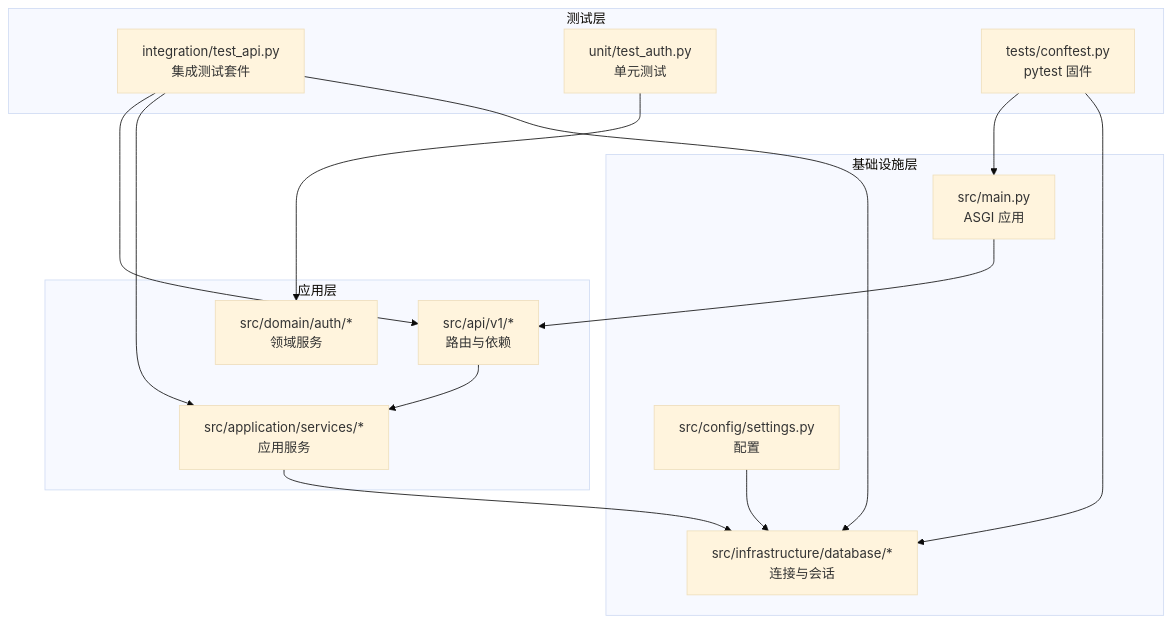
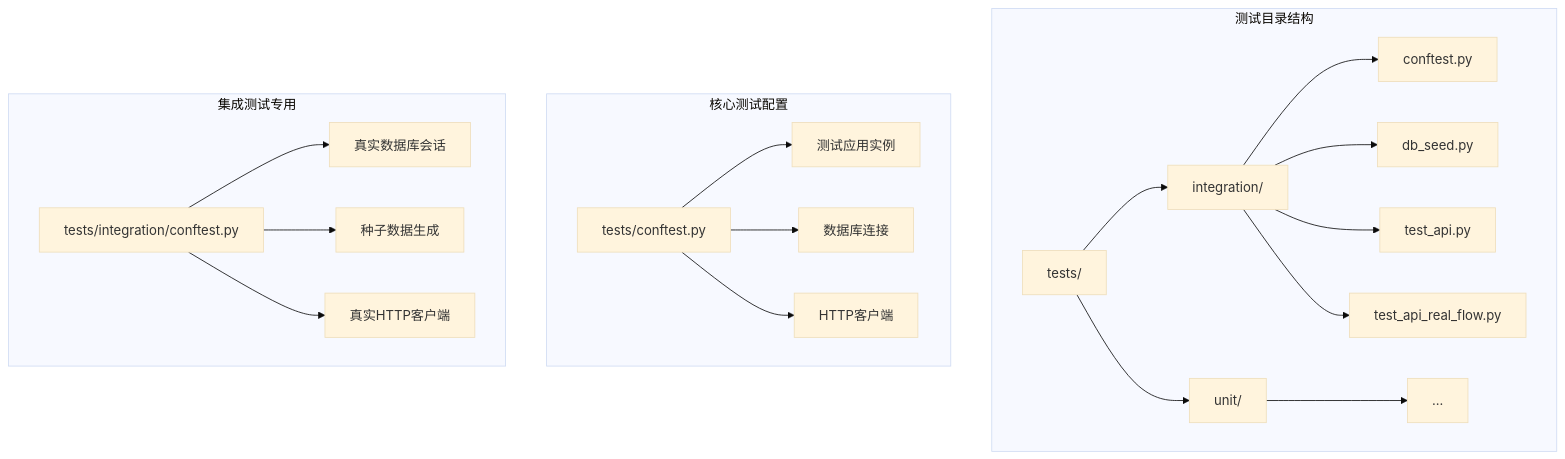
Before and after one commit to taoweidong/Hello-FastApi: the first of 12 diagrams in .qoder/repowiki/zh/content/测试策略/集成测试.md, drawn with Mermaid (base theme). The commit also changed other lines of this file and 61 other files, not shown here.

````diff
--- a/.qoder/repowiki/zh/content/测试策略/集成测试.md
+++ b/.qoder/repowiki/zh/content/测试策略/集成测试.md
@@ -49,28 +48,22 @@
 ```mermaid
 graph TB
-subgraph "测试层"
-IT["integration/test_api.py<br/>集成测试套件"]
-UT["unit/test_auth.py<br/>单元测试"]
-CF["tests/conftest.py<br/>pytest 固件"]
+subgraph "测试目录结构"
+A[tests/] --> B[integration/]
+A --> C[unit/]
+B --> D[conftest.py]
+B --> E[db_seed.py]
+B --> F[test_api.py]
+B --> G[test_api_real_flow.py]
+C --> H[...]
 end
-subgraph "应用层"
-API["src/api/v1/*<br/>路由与依赖"]
-SVC["src/application/services/*<br/>应用服务"]
-DOM["src/domain/auth/*<br/>领域服务"]
+subgraph "核心测试配置"
+I[tests/conftest.py] --> J[测试应用实例]
+I --> K[数据库连接]
+I --> L[HTTP客户端]
 end
-subgraph "基础设施层"
-CFG["src/config/settings.py<br/>配置"]
-DB["src/infrastructure/database/*<br/>连接与会话"]
-MAIN["src/main.py<br/>ASGI 应用"]
+subgraph "集成测试专用"
+M[tests/integration/conftest.py] --> N[真实数据库会话]
+M --> O[种子数据生成]
+M --> P[真实HTTP客户端]
 end
-IT --> API
-IT --> SVC
-IT --> DB
-UT --> DOM
-CF --> MAIN
-CF --> DB
-API --> SVC
-SVC --> DB
-MAIN --> API
-CFG --> DB
 ```
````
